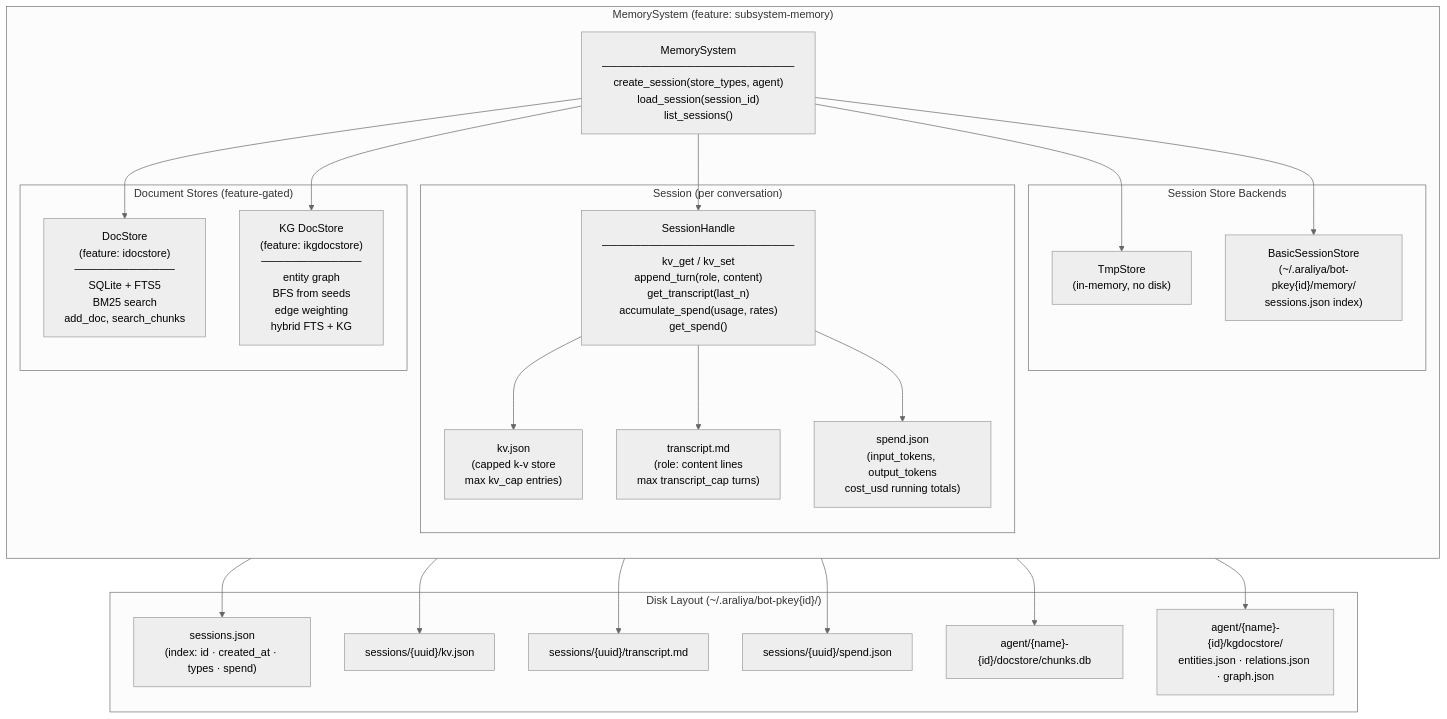
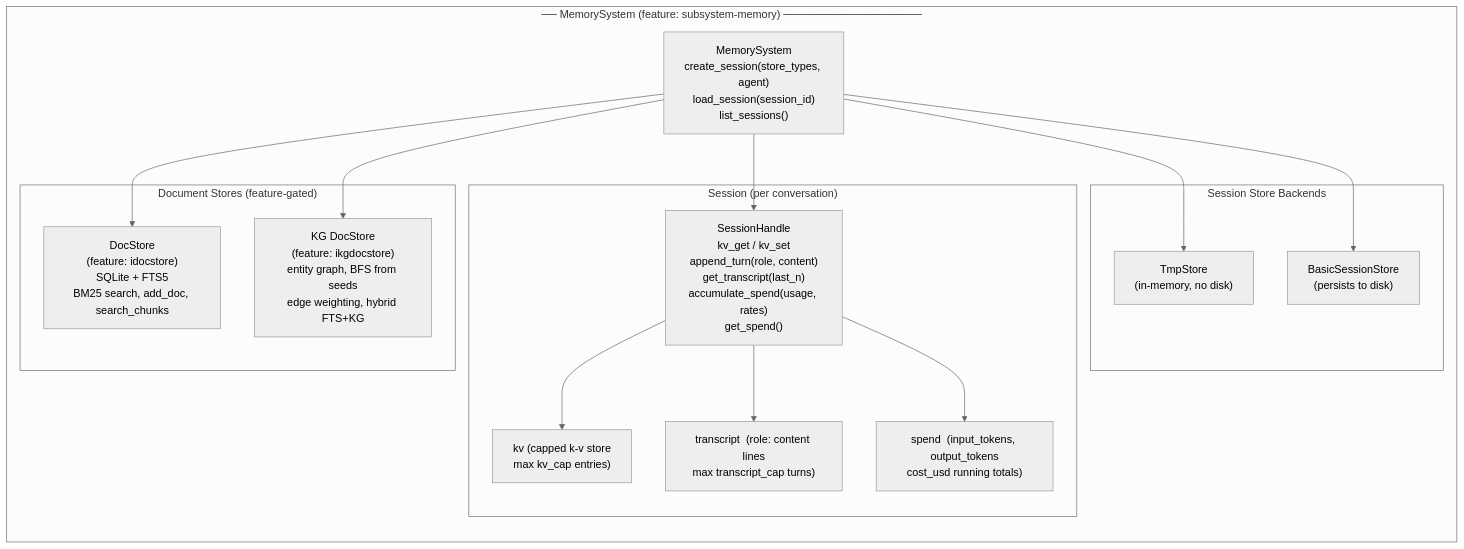
Before and after one commit to xcorat/araliya-bot: diagram 12 of 16 in docs/architecture/diagrams.md, drawn with Mermaid (neutral theme). The commit also changed other lines of this file, not shown here.

First line of the commit message:
docs: fix Mermaid render errors and restructure large diagrams

````diff
--- a/docs/architecture/diagrams.md
+++ b/docs/architecture/diagrams.md
@@ -385,50 +467,34 @@
 ```mermaid
 graph TB
-    subgraph MEM["MemorySystem  (feature: subsystem-memory)"]
+    subgraph MEM["── MemorySystem  (feature: subsystem-memory) ──────────────────"]
         direction TB
 
-        MS["MemorySystem\n─────────────────────────\ncreate_session(store_types, agent)\nload_session(session_id)\nlist_sessions()"]
+        MS["MemorySystem<br/>create_session(store_types, agent)<br/>load_session(session_id)<br/>list_sessions()"]
 
         subgraph SESS["Session (per conversation)"]
-            SH["SessionHandle\n─────────────────────────\nkv_get / kv_set\nappend_turn(role, content)\nget_transcript(last_n)\naccumulate_spend(usage, rates)\nget_spend()"]
-            KV["kv.json\n(capped k-v store\nmax kv_cap entries)"]
-            TR["transcript.md\n(role: content lines\nmax transcript_cap turns)"]
-            SP["spend.json\n(input_tokens, output_tokens\ncost_usd running totals)"]
+            SH["SessionHandle<br/>kv_get / kv_set<br/>append_turn(role, content)<br/>get_transcript(last_n)<br/>accumulate_spend(usage, rates)<br/>get_spend()"]
+            KV["kv  (capped k-v store<br/>max kv_cap entries)"]
+            TR["transcript  (role: content lines<br/>max transcript_cap turns)"]
+            SP["spend  (input_tokens, output_tokens<br/>cost_usd running totals)"]
         end
 
         subgraph STORES["Session Store Backends"]
-            TMP["TmpStore\n(in-memory, no disk)"]
-            BASIC["BasicSessionStore\n(~/.araliya/bot-pkey{id}/memory/\nsessions.json index)"]
+            TMP["TmpStore<br/>(in-memory, no disk)"]
+            BASIC["BasicSessionStore<br/>(persists to disk)"]
         end
 
-        subgraph DOCS["Document Stores  (feature-gated)"]
-            DS["DocStore\n(feature: idocstore)\n─────────────\nSQLite + FTS5\nBM25 search\nadd_doc, search_chunks"]
-            KGD["KG DocStore\n(feature: ikgdocstore)\n─────────────\nentity graph\nBFS from seeds\nedge weighting\nhybrid FTS + KG"]
+        subgraph DOCSTORES["Document Stores  (feature-gated)"]
+            DS["DocStore<br/>(feature: idocstore)<br/>SQLite + FTS5<br/>BM25 search, add_doc, search_chunks"]
+            KGD["KG DocStore<br/>(feature: ikgdocstore)<br/>entity graph, BFS from seeds<br/>edge weighting, hybrid FTS+KG"]
         end
 
         MS --> SH
         SH --> KV
         SH --> TR
         SH --> SP
         MS --> TMP
         MS --> BASIC
         MS --> DS
         MS --> KGD
     end
-
-    subgraph DISK["Disk Layout  (~/.araliya/bot-pkey{id}/)"]
-        D1["sessions.json\n(index: id · created_at · types · spend)"]
-        D2["sessions/{uuid}/kv.json"]
-        D3["sessions/{uuid}/transcript.md"]
-        D4["sessions/{uuid}/spend.json"]
-        D5["agent/{name}-{id}/docstore/chunks.db"]
-        D6["agent/{name}-{id}/kgdocstore/\nentities.json · relations.json · graph.json"]
-    end
-
-    BASIC --> D1
-    BASIC --> D2
-    BASIC --> D3
-    BASIC --> D4
-    DS --> D5
-    KGD --> D6
 ```
````
